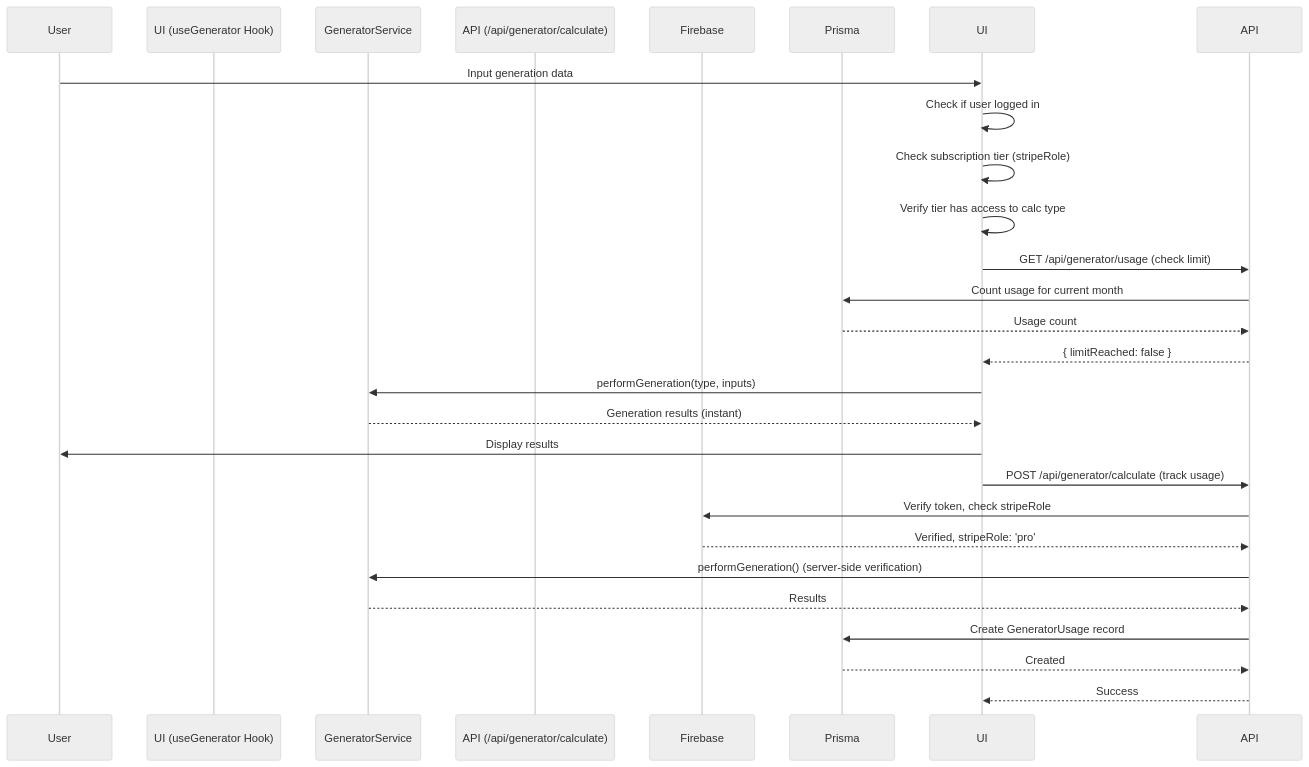
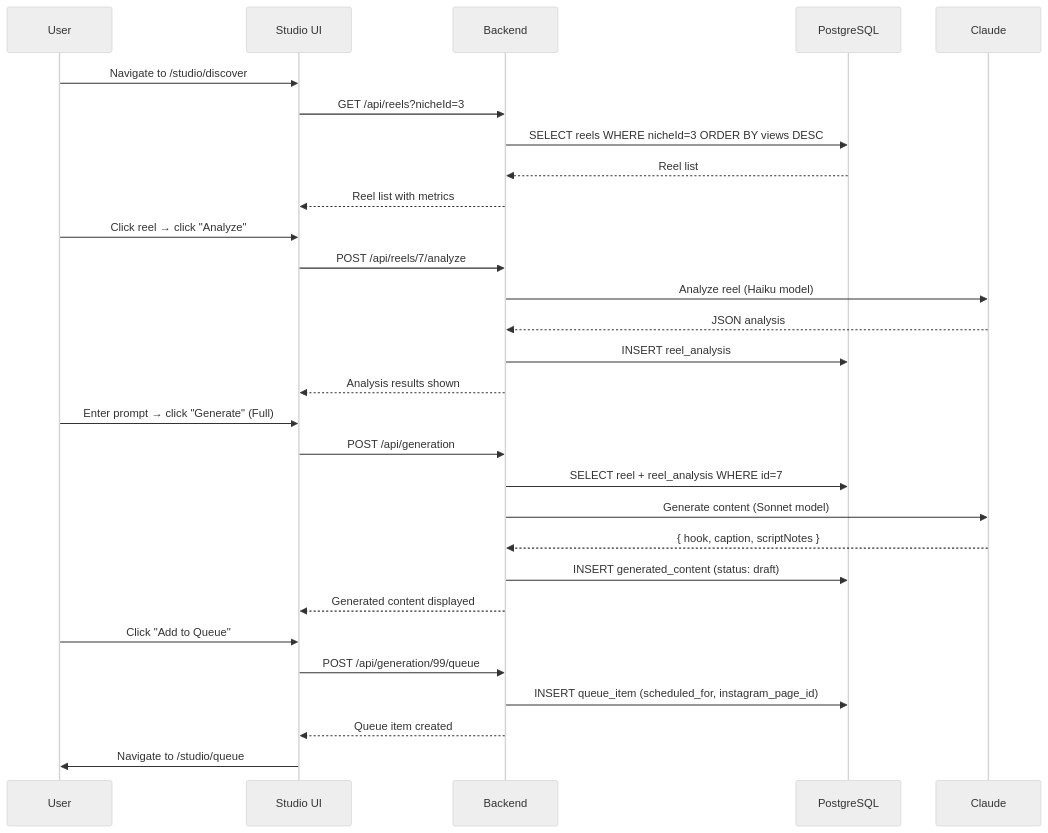
One commit to KennethAtchon/ContentAI changed the third of 3 diagrams in docs/architecture/domain/generation-system.md. Above: the diagram before and after it, drawn with Mermaid (neutral theme). The commit also changed other lines of this file and 12 other files, not shown here.

First line of the commit message:
docs: Update architecture documentation to reflect ReelStudio's current tech stack and implementation

````diff
--- a/docs/architecture/domain/generation-system.md
+++ b/docs/architecture/domain/generation-system.md
@@ -944,31 +338,35 @@
 ```mermaid
 sequenceDiagram
     participant User
-    participant UI (useGenerator Hook)
-    participant GeneratorService
-    participant API (/api/generator/calculate)
-    participant Firebase
-    participant Prisma
-    
-    User->>UI: Input generation data
-    UI->>UI: Check if user logged in
-    UI->>UI: Check subscription tier (stripeRole)
-    UI->>UI: Verify tier has access to calc type
-    UI->>API: GET /api/generator/usage (check limit)
-    API->>Prisma: Count usage for current month
-    Prisma-->>API: Usage count
-    API-->>UI: { limitReached: false }
-    
-    UI->>GeneratorService: performGeneration(type, inputs)
-    GeneratorService-->>UI: Generation results (instant)
-    UI->>User: Display results
-    
-    UI->>API: POST /api/generator/calculate (track usage)
-    API->>Firebase: Verify token, check stripeRole
-    Firebase-->>API: Verified, stripeRole: 'pro'
-    API->>GeneratorService: performGeneration() (server-side verification)
-    GeneratorService-->>API: Results
-    API->>Prisma: Create GeneratorUsage record
-    Prisma-->>API: Created
-    API-->>UI: Success
+    participant Studio UI
+    participant Backend
+    participant PostgreSQL
+    participant Claude
+
+    User->>Studio UI: Navigate to /studio/discover
+    Studio UI->>Backend: GET /api/reels?nicheId=3
+    Backend->>PostgreSQL: SELECT reels WHERE nicheId=3 ORDER BY views DESC
+    PostgreSQL-->>Backend: Reel list
+    Backend-->>Studio UI: Reel list with metrics
+
+    User->>Studio UI: Click reel → click "Analyze"
+    Studio UI->>Backend: POST /api/reels/7/analyze
+    Backend->>Claude: Analyze reel (Haiku model)
+    Claude-->>Backend: JSON analysis
+    Backend->>PostgreSQL: INSERT reel_analysis
+    Backend-->>Studio UI: Analysis results shown
+
+    User->>Studio UI: Enter prompt → click "Generate" (Full)
+    Studio UI->>Backend: POST /api/generation
+    Backend->>PostgreSQL: SELECT reel + reel_analysis WHERE id=7
+    Backend->>Claude: Generate content (Sonnet model)
+    Claude-->>Backend: { hook, caption, scriptNotes }
+    Backend->>PostgreSQL: INSERT generated_content (status: draft)
+    Backend-->>Studio UI: Generated content displayed
+
+    User->>Studio UI: Click "Add to Queue"
+    Studio UI->>Backend: POST /api/generation/99/queue
+    Backend->>PostgreSQL: INSERT queue_item (scheduled_for, instagram_page_id)
+    Backend-->>Studio UI: Queue item created
+    Studio UI->>User: Navigate to /studio/queue
 ```
````
